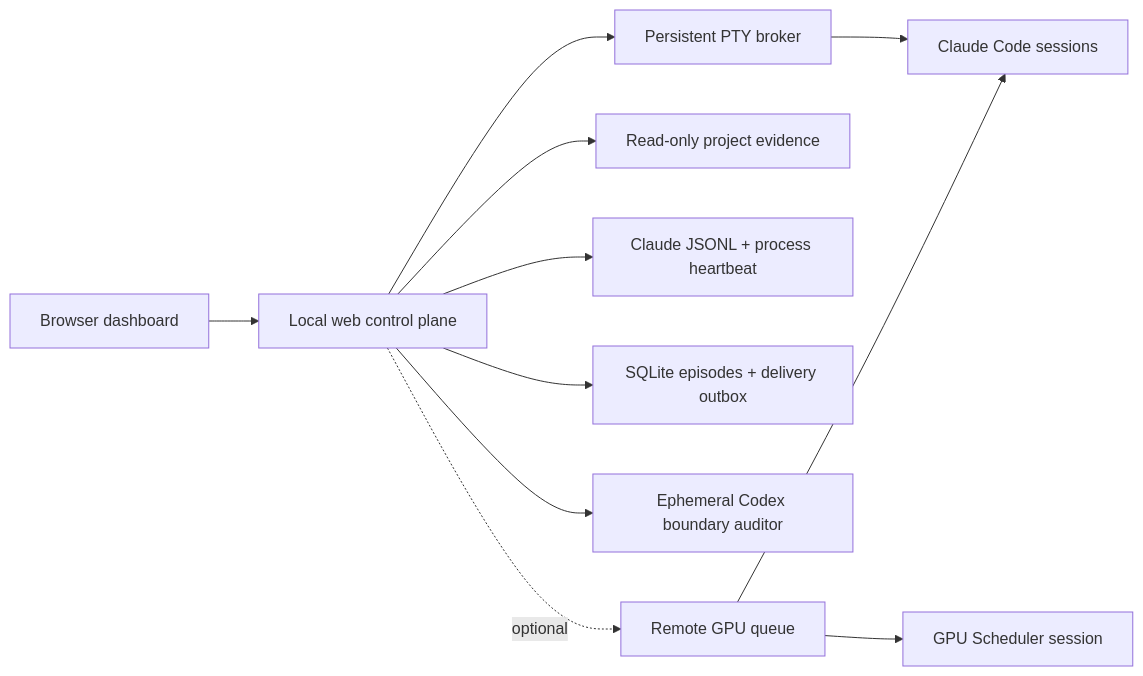
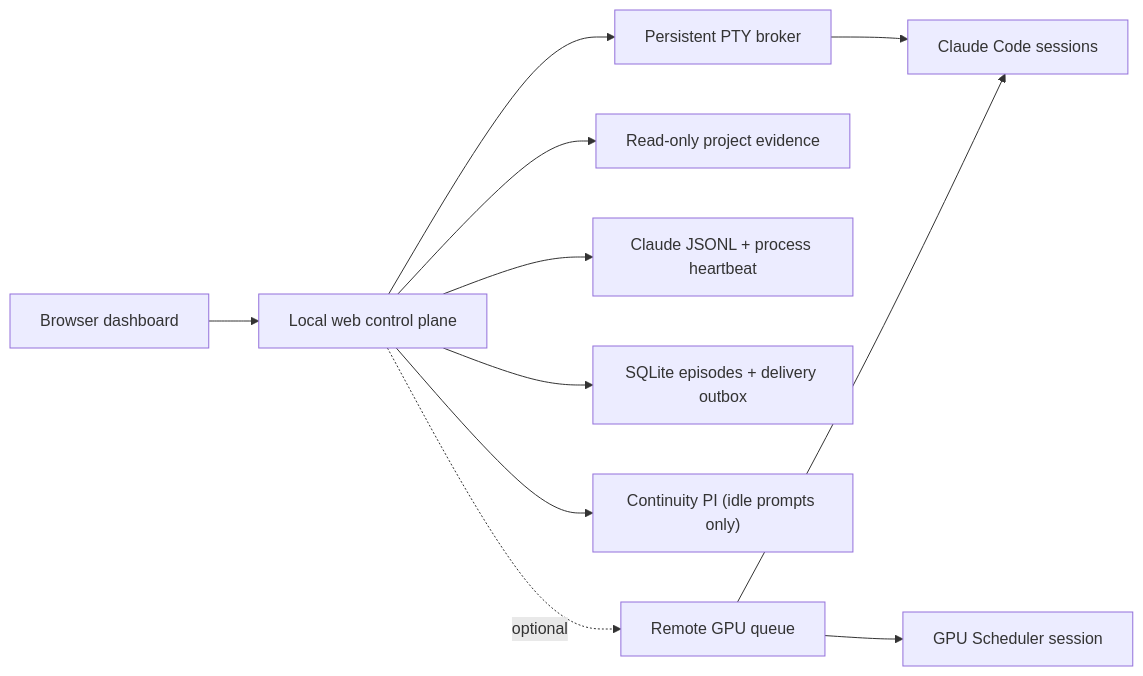
Before and after one commit to Zarien-Li/firm-control-room: the diagram in README.md, drawn with Mermaid. The commit also changed other lines of this file and 55 other files, not shown here.

Commit message:
Replace layered recovery with Codex continuity (#2)

````diff
--- a/README.md
+++ b/README.md
@@ -105,13 +97,13 @@
 ```mermaid
 flowchart LR
     UI["Browser dashboard"] --> WEB["Local web control plane"]
     WEB --> BROKER["Persistent PTY broker"]
     BROKER --> CLAUDE["Claude Code sessions"]
     WEB --> EVIDENCE["Read-only project evidence"]
     WEB --> HISTORY["Claude JSONL + process heartbeat"]
     WEB --> LEDGER["SQLite episodes + delivery outbox"]
-    WEB --> CODEX["Ephemeral Codex boundary auditor"]
+    WEB --> CONTINUITY["Continuity PI (idle prompts only)"]
     WEB -. optional .-> QUEUE["Remote GPU queue"]
     QUEUE --> SCHEDULER["GPU Scheduler session"]
     QUEUE --> CLAUDE
 ```
````
